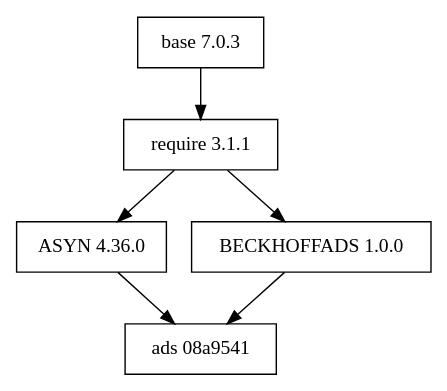
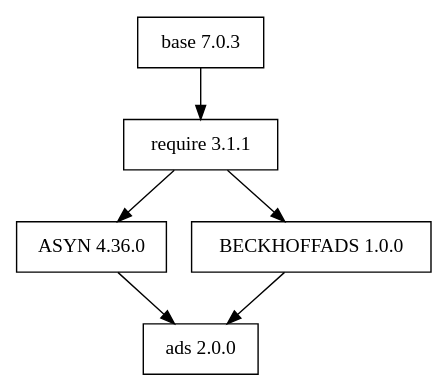
One commit to icshwi/e3-ads changed the diagram in docs/ads.gv. Above: the diagram before and after it, drawn with Graphviz. The commit also changed 3 other files, not shown here.

```diff
--- a/docs/ads.gv
+++ b/docs/ads.gv
@@ -1,9 +1,9 @@
 digraph ads {
 node [shape=record];
 base [label="base 7.0.3"]
 require [label="require 3.1.1"]
 ASYN [label="ASYN 4.36.0"]
 BECKHOFFADS [label="BECKHOFFADS 1.0.0"]
-ads [label="ads 08a9541"]
+ads [label="ads 2.0.0"]
 base -> require -> { ASYN,BECKHOFFADS } ->  {  ads  } 
 } 
```
